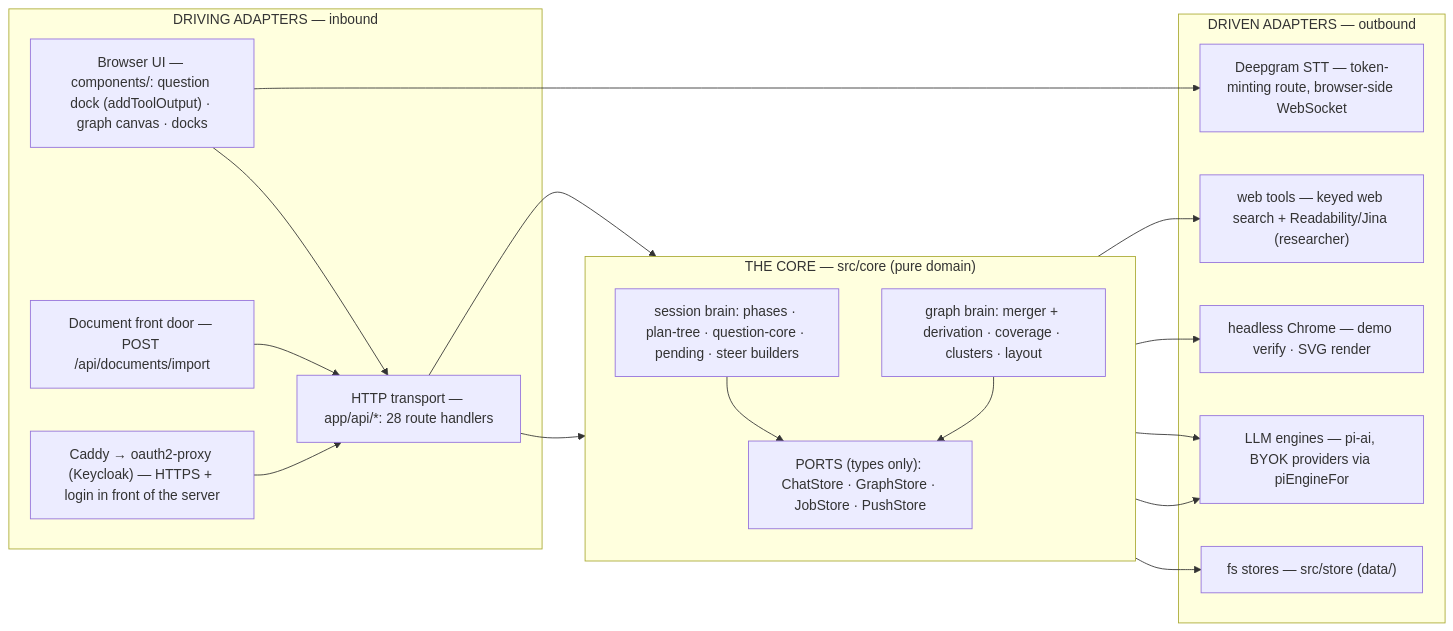
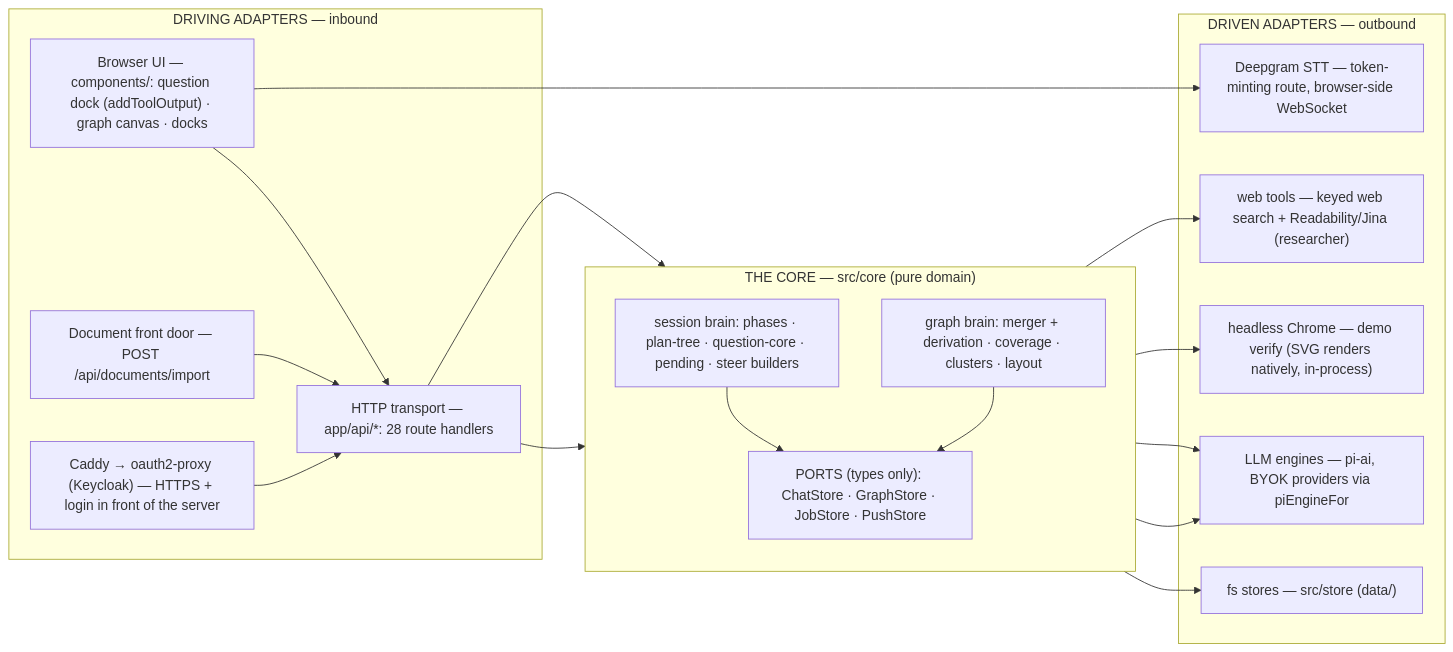
Before and after one commit to VileEnd/learnharness: the second of 7 diagrams in docs/architecture.md, drawn with Mermaid. The commit also changed 12 other files, not shown here.

````diff
--- a/docs/architecture.md
+++ b/docs/architecture.md
@@ -174,38 +174,38 @@
 ```mermaid
 flowchart LR
     subgraph DRIVING["DRIVING ADAPTERS — inbound"]
         BROWSER["Browser UI — components/: question dock (addToolOutput) · graph canvas · docks"]
         HTTP["HTTP transport — app/api/*: 28 route handlers"]
         NOTES["Document front door — POST /api/documents/import"]
         ELEC["Caddy → oauth2-proxy (Keycloak) — HTTPS + login in front of the server"]
     end
 
     subgraph HEXCORE["THE CORE — src/core (pure domain)"]
         direction TB
         SESS["session brain: phases · plan-tree · question-core · pending · steer builders"]
         GBRAIN["graph brain: merger + derivation · coverage · clusters · layout"]
         PORTSBOX["PORTS (types only): ChatStore · GraphStore · JobStore · PushStore"]
     end
 
     subgraph DRIVEN["DRIVEN ADAPTERS — outbound"]
         FS["fs stores — src/store (data/)"]
         LLM["LLM engines — pi-ai, BYOK providers via piEngineFor"]
-        HEAD["headless Chrome — demo verify · SVG render"]
+        HEAD["headless Chrome — demo verify (SVG renders natively, in-process)"]
         DEEP["Deepgram STT — token-minting route, browser-side WebSocket"]
         WEB["web tools — keyed web search + Readability/Jina (researcher)"]
     end
 
     BROWSER --> HTTP
     NOTES --> HTTP
     ELEC --> HTTP
     HTTP --> SESS
     HTTP --> GBRAIN
     SESS --> PORTSBOX
     GBRAIN --> PORTSBOX
     PORTSBOX --> FS
     SESS --> LLM
     GBRAIN --> LLM
     SESS --> HEAD
     SESS --> WEB
     BROWSER --> DEEP
 ```
````
